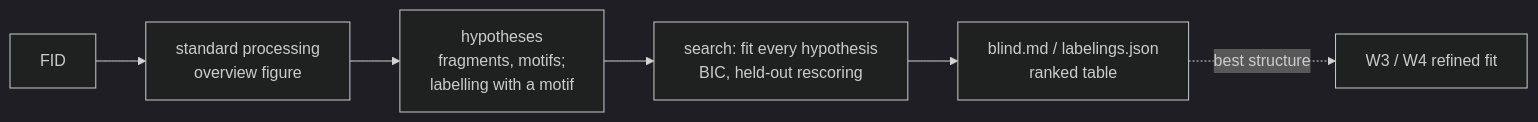
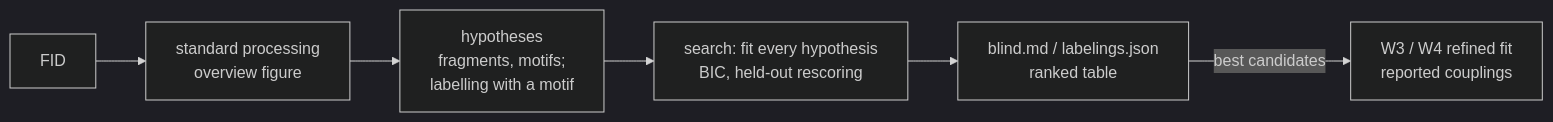
The sixth of 8 diagrams in docs/WORKFLOW.md (gao-xh/ZULF_Model), drawn with Mermaid (dark theme) before and after one commit. The commit also changed other lines of this file, not shown here.

Commit message:
docs: blind analysis feeds the refined fit, not the coupling table, in the workflow map

````diff
--- a/docs/WORKFLOW.md
+++ b/docs/WORKFLOW.md
@@ -135,8 +136,8 @@
 ```mermaid
 flowchart LR
     fid["FID"] --> p["standard processing<br/>overview figure"]
     p --> h["hypotheses<br/>fragments, motifs;<br/>labelling with a motif"]
     h --> s["search: fit every hypothesis<br/>BIC, held-out rescoring"]
     s --> r["blind.md / labelings.json<br/>ranked table"]
-    r -. best structure .-> w3["W3 / W4 refined fit"]
+    r -- best candidates --> w3["W3 / W4 refined fit<br/>reported couplings"]
 ```
````
